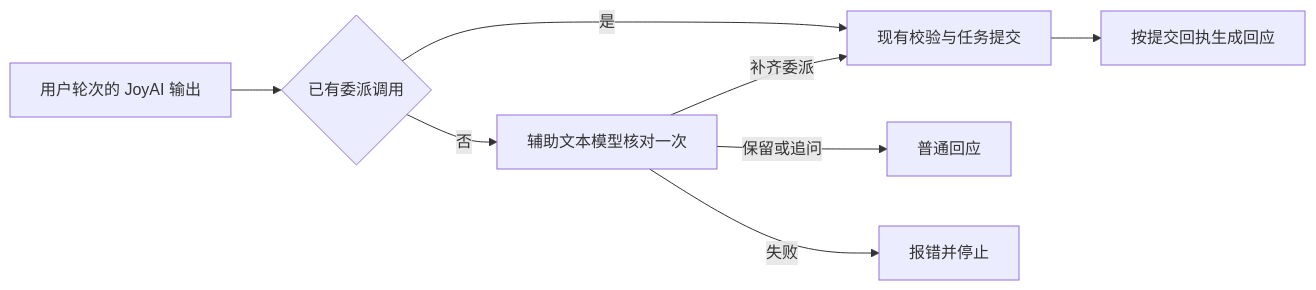
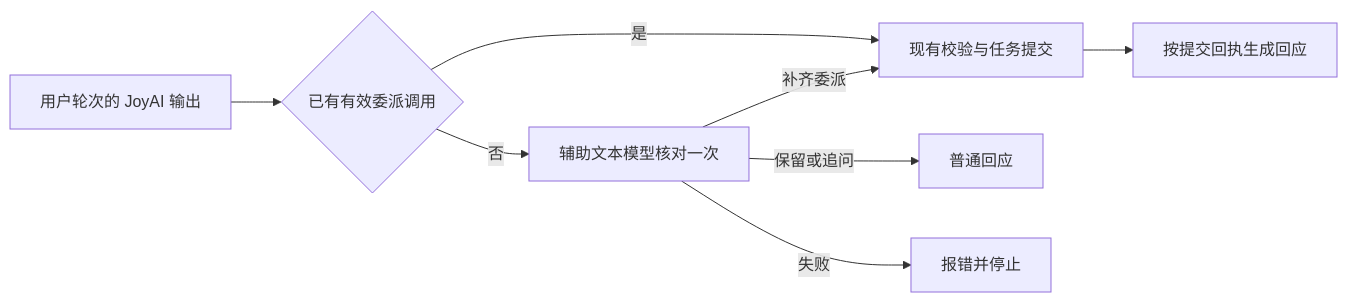
One commit to openJiuwen-ai/jiuwenswarm changed the second of 5 diagrams in docs/zh/FullDuplex.md. Above: the diagram before and after it, drawn with Mermaid. The commit also changed other lines of this file and 27 other files, not shown here.

````diff
--- a/docs/zh/FullDuplex.md
+++ b/docs/zh/FullDuplex.md
@@ -106,10 +119,10 @@
 ```mermaid
 flowchart LR
-  Output[用户轮次的 JoyAI 输出] --> Call{已有委派调用}
+  Output[用户轮次的 JoyAI 输出] --> Call{已有有效委派调用}
   Call -->|是| Validate[现有校验与任务提交]
   Call -->|否| Helper[辅助文本模型核对一次]
   Helper -->|补齐委派| Validate
   Helper -->|保留或追问| Reply[普通回应]
   Helper -->|失败| Error[报错并停止]
   Validate --> Receipt[按提交回执生成回应]
 ```
````
